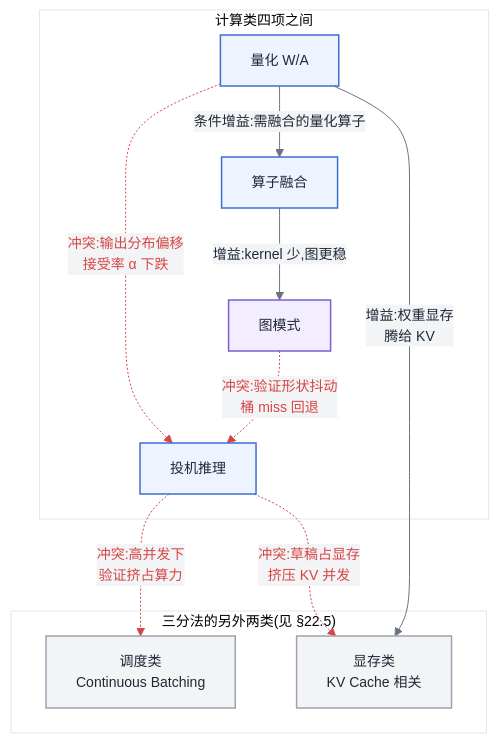
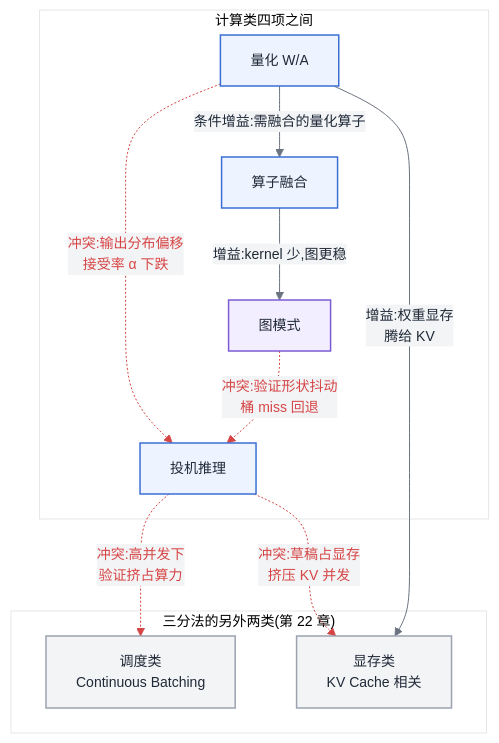
One commit to cdavid817/AI-Infra changed the third of 4 diagrams in 第五部分-推理系统/第23章-推理优化-计算类加速.md. Above: the diagram before and after it, drawn with Mermaid. The commit also changed other lines of this file and 12 other files, not shown here.

Commit message:
mermaid 图内不再出现 §X.Y 小节引用:本章自引删除,跨章引用改为「第 X 章」表述(13 文件 28 处)

````diff
--- a/第五部分-推理系统/第23章-推理优化-计算类加速.md
+++ b/第五部分-推理系统/第23章-推理优化-计算类加速.md
@@ -217,33 +217,33 @@
 ```mermaid
 %%{init: {'theme':'base','themeVariables':{
   'primaryColor':'#EEF4FF','primaryBorderColor':'#3B6FD4','primaryTextColor':'#1F2937',
   'secondaryColor':'#F3F4F6','tertiaryColor':'#FFFFFF',
   'lineColor':'#6B7280','fontFamily':'-apple-system, Segoe UI, Helvetica, Arial, sans-serif','fontSize':'14px'
 }}}%%
 flowchart TB
   classDef compute fill:#EEF4FF,stroke:#3B6FD4,stroke-width:1.5px,color:#1F2937
   classDef ctrl fill:#F3EEFF,stroke:#7C5CD4,stroke-width:1.5px,color:#1F2937
   classDef ext fill:#F3F4F6,stroke:#9CA3AF,stroke-width:1.5px,color:#1F2937
   classDef bad stroke:#D64545,color:#D64545
 
   subgraph inner["计算类四项之间"]
     Q["量化 W/A"]:::compute
     F["算子融合"]:::compute
     G["图模式"]:::ctrl
     S["投机推理"]:::compute
   end
 
-  subgraph other["三分法的另外两类(见 §22.5)"]
+  subgraph other["三分法的另外两类(第 22 章)"]
     SCH["调度类<br/>Continuous Batching"]:::ext
     MEM["显存类<br/>KV Cache 相关"]:::ext
   end
 
   Q -- "条件增益:需融合的量化算子" --> F
   F -- "增益:kernel 少,图更稳" --> G
   Q -. "冲突:输出分布偏移<br/>接受率 α 下跌" .-> S
   G -. "冲突:验证形状抖动<br/>桶 miss 回退" .-> S
   S -. "冲突:高并发下<br/>验证挤占算力" .-> SCH
   S -. "冲突:草稿占显存<br/>挤压 KV 并发" .-> MEM
   Q -- "增益:权重显存<br/>腾给 KV" --> MEM
   linkStyle 2,3,4,5 stroke:#D64545,color:#D64545
 ```
````
